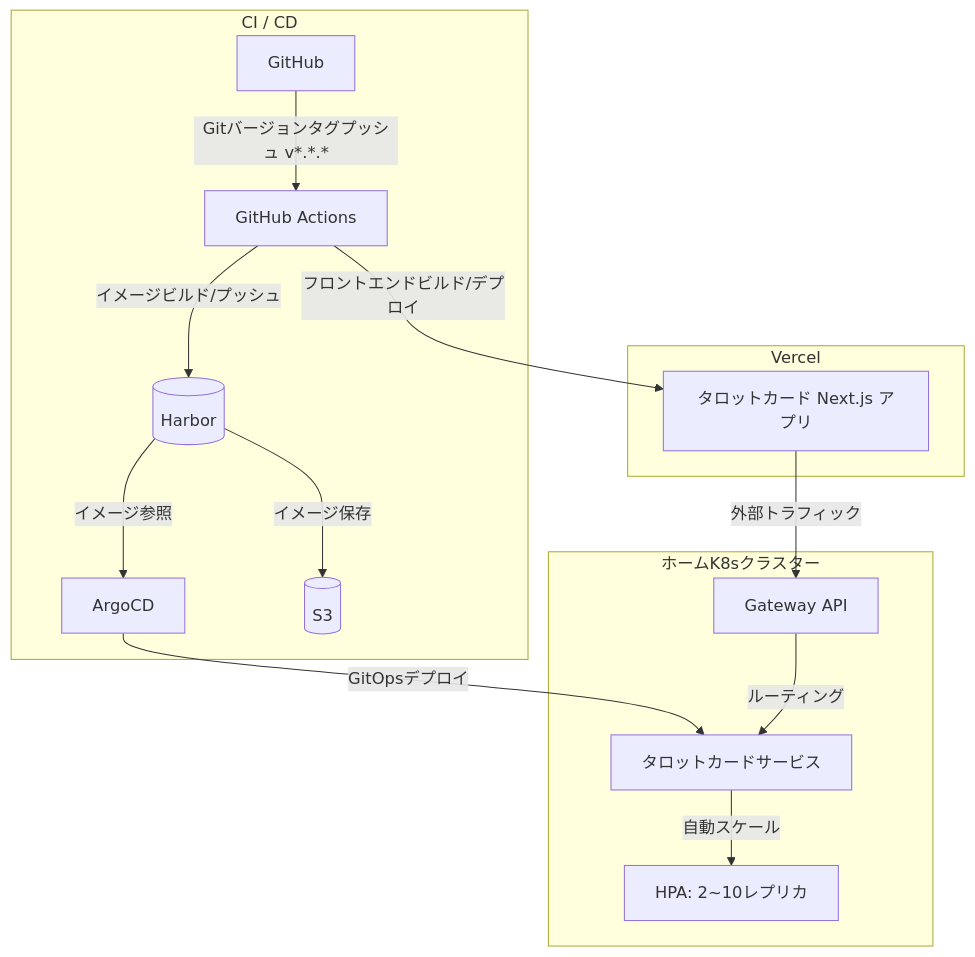
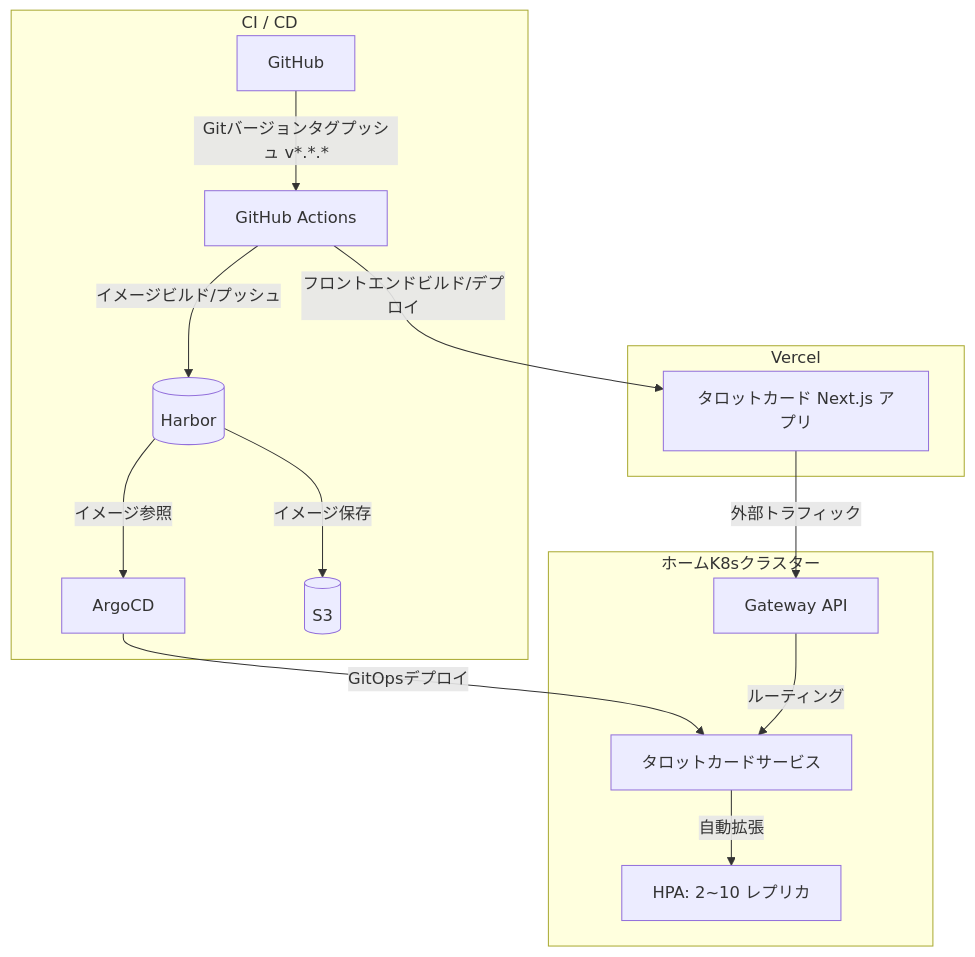
The second of 2 diagrams in src/content/blog/ja/tarot-deep-dive.md (mandacode-labs/mandacode-devs), drawn with Mermaid before and after one commit. The commit also changed other lines of this file and 30 other files, not shown here.

````diff
--- a/src/content/blog/ja/tarot-deep-dive.md
+++ b/src/content/blog/ja/tarot-deep-dive.md
@@ -98,36 +97,36 @@
 ```mermaid
 flowchart TD
     subgraph Front["Vercel"]
         Vercel[タロットカード Next.js アプリ]
     end
     
     subgraph CICD["CI / CD"]
         GH[GitHub]
         Actions[GitHub Actions]
         Harbor[(Harbor)]
         ArgoCD[ArgoCD]
         S3[(S3)]
     end
     
     subgraph K8s["ホームK8sクラスター"]
         GW[Gateway API]
         Service[タロットカードサービス]
-        HPA[HPA: 2~10レプリカ]
+        HPA[HPA: 2~10 レプリカ]
     end
 
     %% デプロイパイプラインの流れ
     GH -->|Gitバージョンタグプッシュ v*.*.*| Actions
     Actions -->|イメージビルド/プッシュ| Harbor
     Harbor -->|イメージ保存| S3
     Harbor -->|イメージ参照| ArgoCD
     ArgoCD -->|GitOpsデプロイ| Service
 
     %% フロントエンドパイプラインの流れ
     Actions -->|フロントエンドビルド/デプロイ| Vercel
     
     %% トラフィックの流れ
     Vercel --> |外部トラフィック| GW
     GW -->|ルーティング| Service
-    Service -->|自動スケール| HPA
+    Service -->|自動拡張| HPA
 
 ```
````
